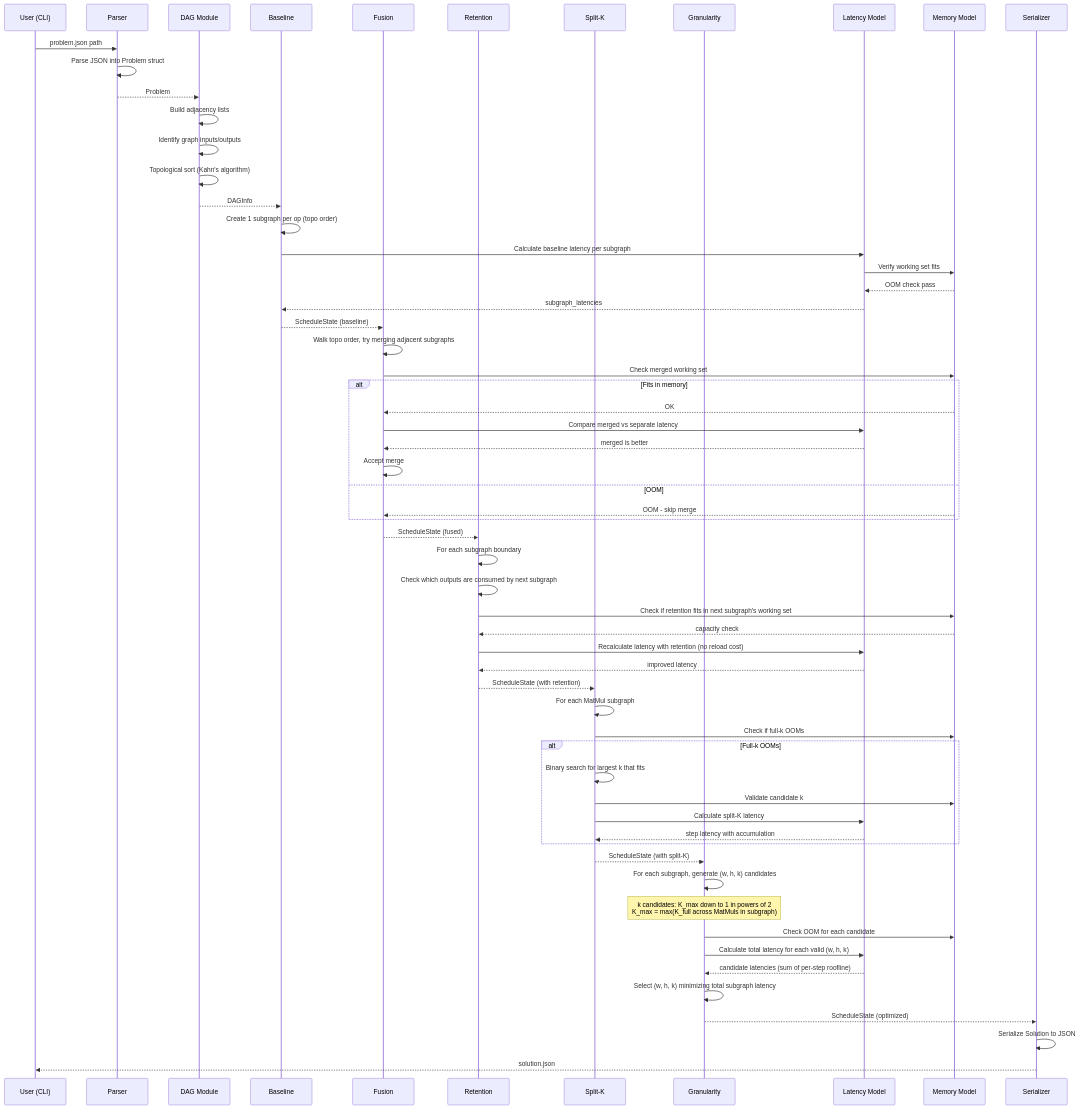
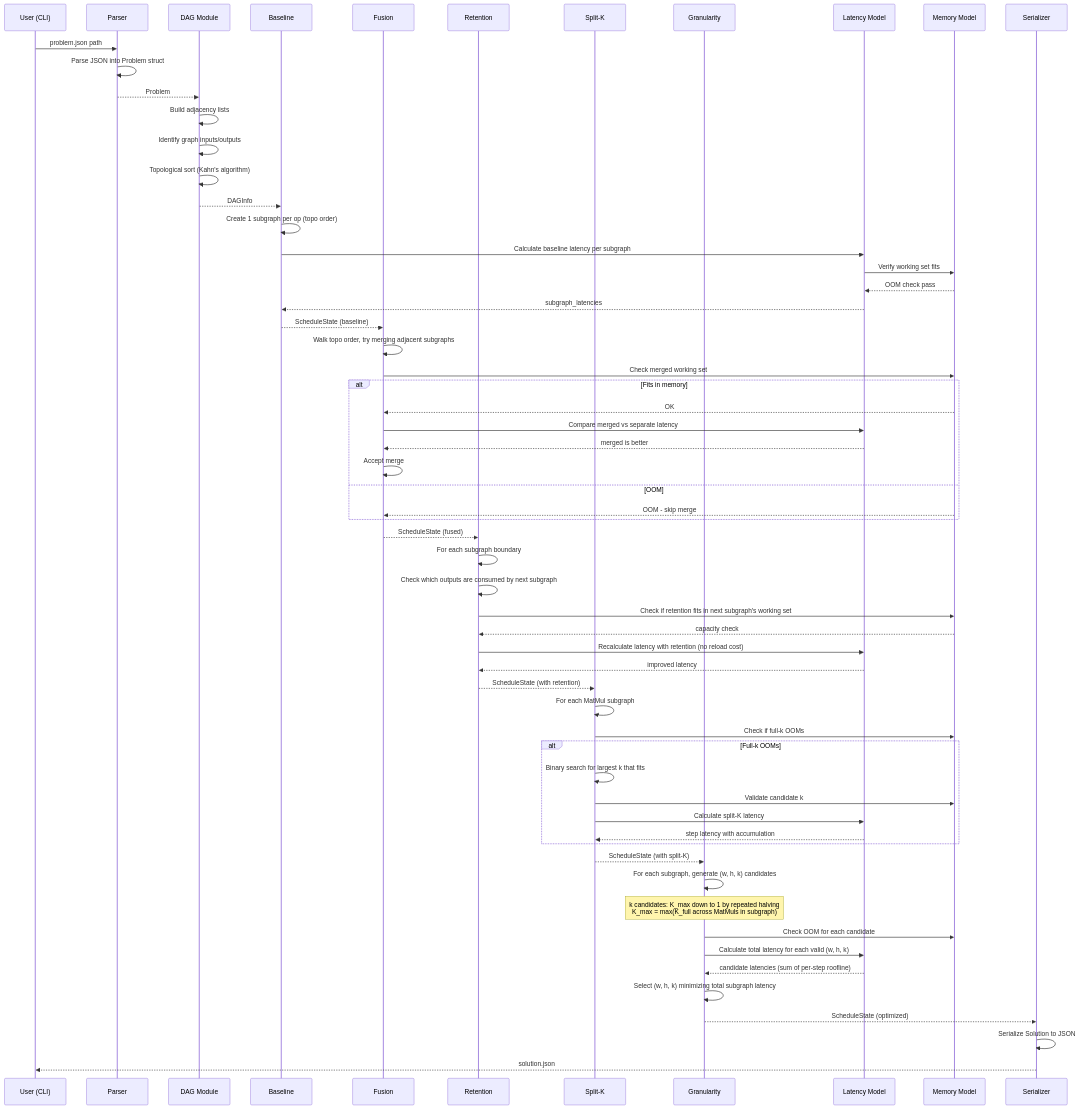
Before and after one commit to melroyanthony/MLSys: the first of 4 diagrams in solution/docs/architecture/data-flow.md, drawn with Mermaid. The commit also changed other lines of this file and 4 other files, not shown here.

````diff
--- a/solution/docs/architecture/data-flow.md
+++ b/solution/docs/architecture/data-flow.md
@@ -5,71 +5,71 @@
 ```mermaid
 sequenceDiagram
     participant U as User (CLI)
     participant P as Parser
     participant D as DAG Module
     participant B as Baseline
     participant F as Fusion
     participant R as Retention
     participant S as Split-K
     participant G as Granularity
     participant L as Latency Model
     participant M as Memory Model
     participant W as Serializer
 
     U->>P: problem.json path
     P->>P: Parse JSON into Problem struct
     P-->>D: Problem
 
     D->>D: Build adjacency lists
     D->>D: Identify graph inputs/outputs
     D->>D: Topological sort (Kahn's algorithm)
     D-->>B: DAGInfo
 
     B->>B: Create 1 subgraph per op (topo order)
     B->>L: Calculate baseline latency per subgraph
     L->>M: Verify working set fits
     M-->>L: OOM check pass
     L-->>B: subgraph_latencies
     B-->>F: ScheduleState (baseline)
 
     F->>F: Walk topo order, try merging adjacent subgraphs
     F->>M: Check merged working set
     alt Fits in memory
         M-->>F: OK
         F->>L: Compare merged vs separate latency
         L-->>F: merged is better
         F->>F: Accept merge
     else OOM
         M-->>F: OOM - skip merge
     end
     F-->>R: ScheduleState (fused)
 
     R->>R: For each subgraph boundary
     R->>R: Check which outputs are consumed by next subgraph
     R->>M: Check if retention fits in next subgraph's working set
     M-->>R: capacity check
     R->>L: Recalculate latency with retention (no reload cost)
     L-->>R: improved latency
     R-->>S: ScheduleState (with retention)
 
     S->>S: For each MatMul subgraph
     S->>M: Check if full-k OOMs
     alt Full-k OOMs
         S->>S: Binary search for largest k that fits
         S->>M: Validate candidate k
         S->>L: Calculate split-K latency
         L-->>S: step latency with accumulation
     end
     S-->>G: ScheduleState (with split-K)
 
     G->>G: For each subgraph, generate (w, h, k) candidates
-    Note over G: k candidates: K_max down to 1 in powers of 2<br/>K_max = max(K_full across MatMuls in subgraph)
+    Note over G: k candidates: K_max down to 1 by repeated halving<br/>K_max = max(K_full across MatMuls in subgraph)
     G->>M: Check OOM for each candidate
     G->>L: Calculate total latency for each valid (w, h, k)
     L-->>G: candidate latencies (sum of per-step roofline)
     G->>G: Select (w, h, k) minimizing total subgraph latency
     G-->>W: ScheduleState (optimized)
 
     W->>W: Serialize Solution to JSON
     W-->>U: solution.json
 ```
````
